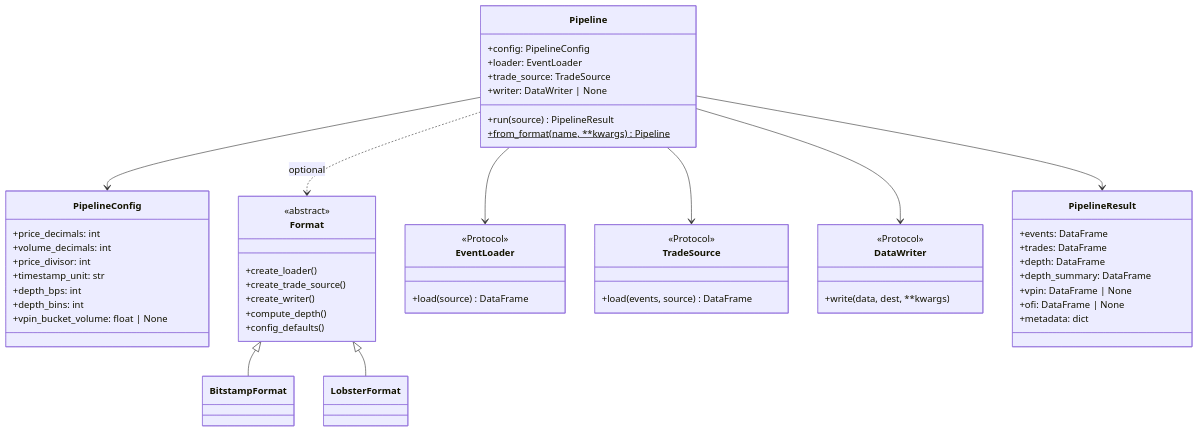
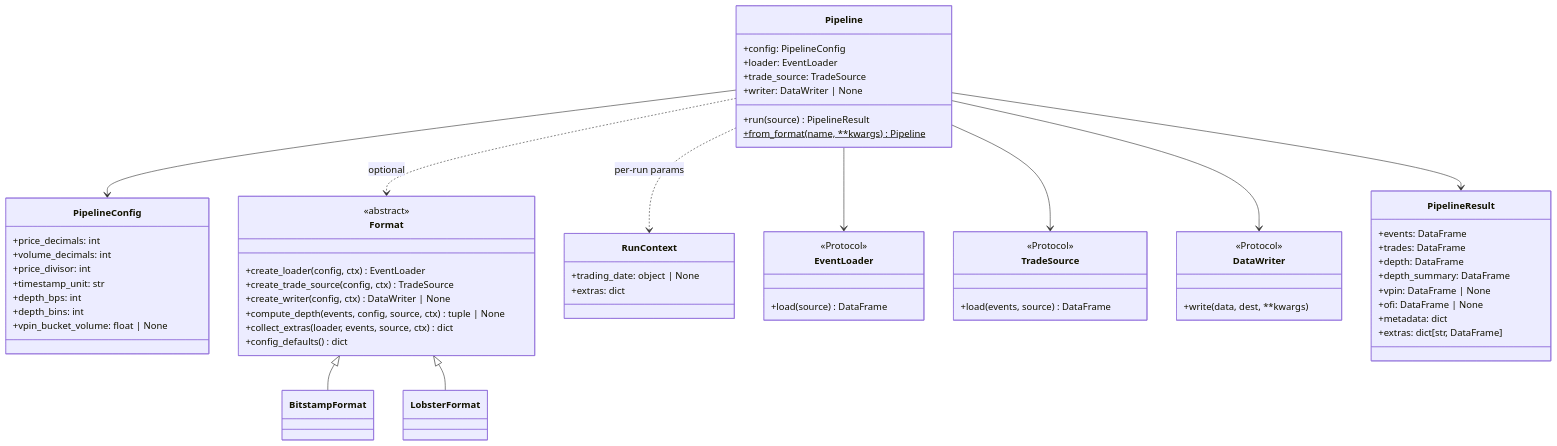
Before and after one commit to mczielinski/ob-analytics: the diagram in ARCHITECTURE.md, drawn with Mermaid. The commit also changed other lines of this file and 14 other files, not shown here.

First line of the commit message:
refactor!: lift trading_date and LOBSTER side-channels off Format

````diff
--- a/ARCHITECTURE.md
+++ b/ARCHITECTURE.md
@@ -35,65 +41,73 @@
 ```mermaid
 classDiagram
     class Pipeline {
         +config: PipelineConfig
         +loader: EventLoader
         +trade_source: TradeSource
         +writer: DataWriter | None
         +run(source) PipelineResult
         +from_format(name, **kwargs)$ Pipeline
     }
 
     class PipelineConfig {
         +price_decimals: int
         +volume_decimals: int
         +price_divisor: int
         +timestamp_unit: str
         +depth_bps: int
         +depth_bins: int
         +vpin_bucket_volume: float | None
     }
 
     class Format {
         <<abstract>>
-        +create_loader()
-        +create_trade_source()
-        +create_writer()
-        +compute_depth()
-        +config_defaults()
+        +create_loader(config, ctx) EventLoader
+        +create_trade_source(config, ctx) TradeSource
+        +create_writer(config, ctx) DataWriter | None
+        +compute_depth(events, config, source, ctx) tuple | None
+        +collect_extras(loader, events, source, ctx) dict
+        +config_defaults() dict
+    }
+
+    class RunContext {
+        +trading_date: object | None
+        +extras: dict
     }
 
     class BitstampFormat
     class LobsterFormat
 
     class EventLoader {
         <<Protocol>>
         +load(source) DataFrame
     }
     class TradeSource {
         <<Protocol>>
         +load(events, source) DataFrame
     }
     class DataWriter {
         <<Protocol>>
         +write(data, dest, **kwargs)
     }
 
     class PipelineResult {
         +events: DataFrame
         +trades: DataFrame
         +depth: DataFrame
         +depth_summary: DataFrame
         +vpin: DataFrame | None
         +ofi: DataFrame | None
         +metadata: dict
+        +extras: dict[str, DataFrame]
     }
 
     Pipeline --> PipelineConfig
     Pipeline --> EventLoader
     Pipeline --> TradeSource
     Pipeline --> DataWriter
     Pipeline --> PipelineResult
     Pipeline ..> Format : optional
+    Pipeline ..> RunContext : per-run params
     Format <|-- BitstampFormat
     Format <|-- LobsterFormat
 ```
````
